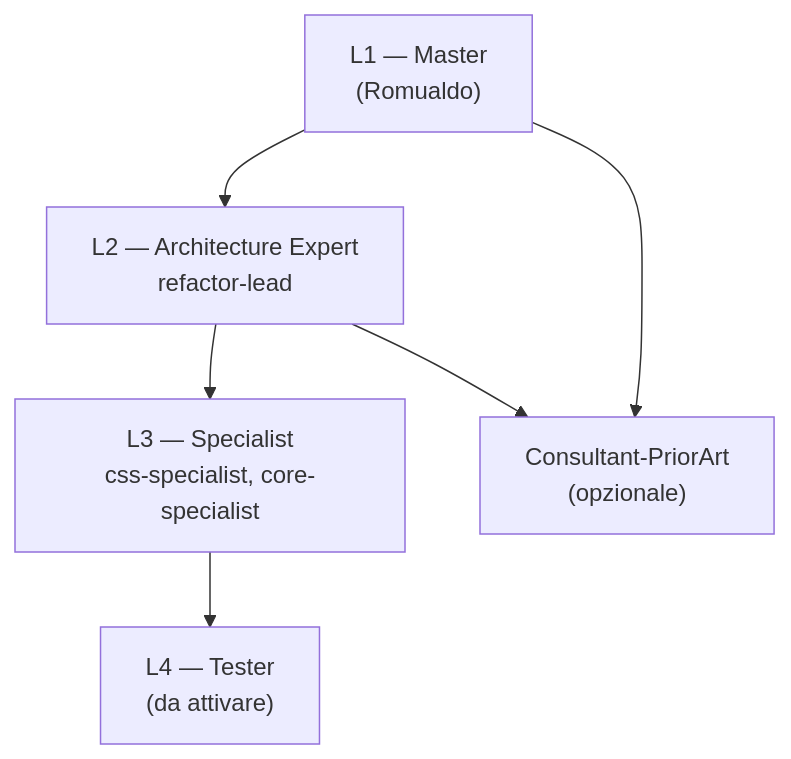
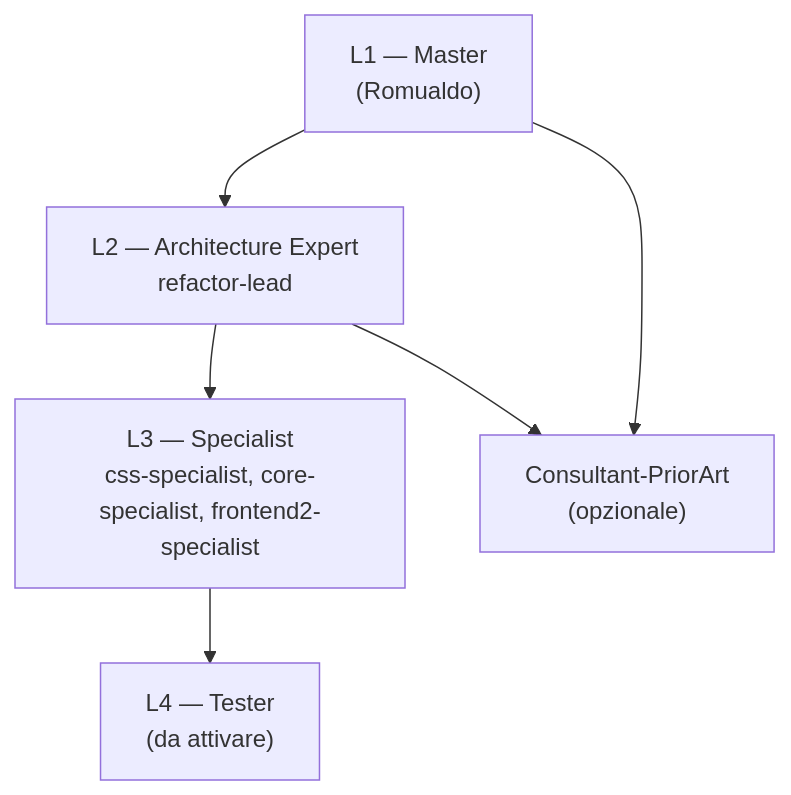
One commit to RomualdoGrillo/Aabacus changed the first of 3 diagrams in project/Organization/organigramma.md. Above: the diagram before and after it, drawn with Mermaid. The commit also changed other lines of this file and 14 other files, not shown here.

````diff
--- a/project/Organization/organigramma.md
+++ b/project/Organization/organigramma.md
@@ -9,14 +9,14 @@
 ```mermaid
 flowchart TB
   M["L1 — Master<br/>(Romualdo)"]
   A["L2 — Architecture Expert<br/>refactor-lead"]
-  S["L3 — Specialist<br/>css-specialist, core-specialist"]
+  S["L3 — Specialist<br/>css-specialist, core-specialist, frontend2-specialist"]
   T["L4 — Tester<br/>(da attivare)"]
   C["Consultant-PriorArt<br/>(opzionale)"]
 
   M --> A
   A --> S
   S --> T
   A --> C
   M --> C
 ```
````
